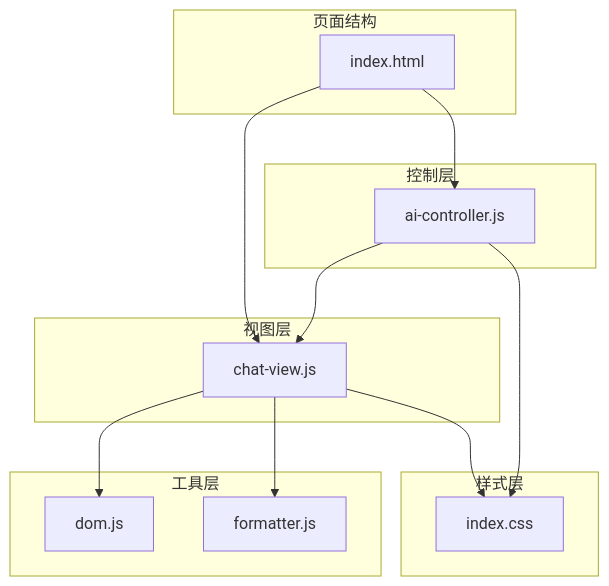
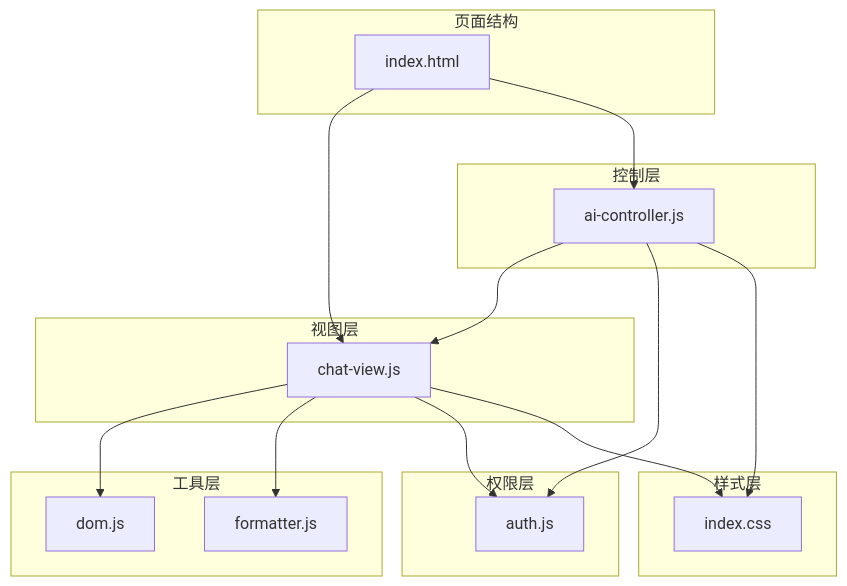
Before and after one commit to ghg618-ui/meihuayili-3.8: the first of 12 diagrams in .qoder/repowiki/zh/content/用户界面/聊天界面.md, drawn with Mermaid. The commit also changed other lines of this file and 6 other files, not shown here.

````diff
--- a/.qoder/repowiki/zh/content/用户界面/聊天界面.md
+++ b/.qoder/repowiki/zh/content/用户界面/聊天界面.md
@@ -37,26 +47,31 @@
 ```mermaid
 graph TB
 subgraph "页面结构"
 HTML["index.html"]
 end
 subgraph "控制层"
 AICtrl["ai-controller.js"]
 end
 subgraph "视图层"
 ChatView["chat-view.js"]
+end
+subgraph "权限层"
+Auth["auth.js"]
 end
 subgraph "工具层"
 DOM["dom.js"]
 Formatter["formatter.js"]
 end
 subgraph "样式层"
 CSS["index.css"]
 end
 HTML --> ChatView
 HTML --> AICtrl
 AICtrl --> ChatView
 ChatView --> DOM
 ChatView --> Formatter
+ChatView --> Auth
 ChatView --> CSS
+AICtrl --> Auth
 AICtrl --> CSS
 ```
````
